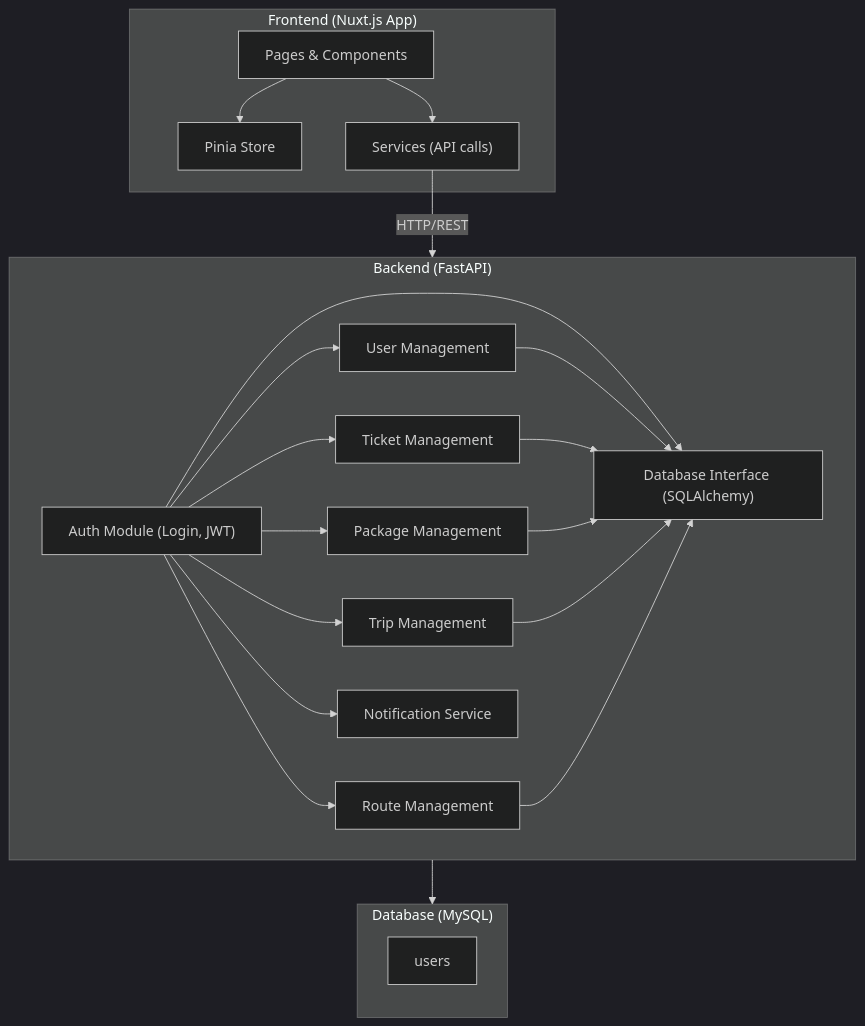
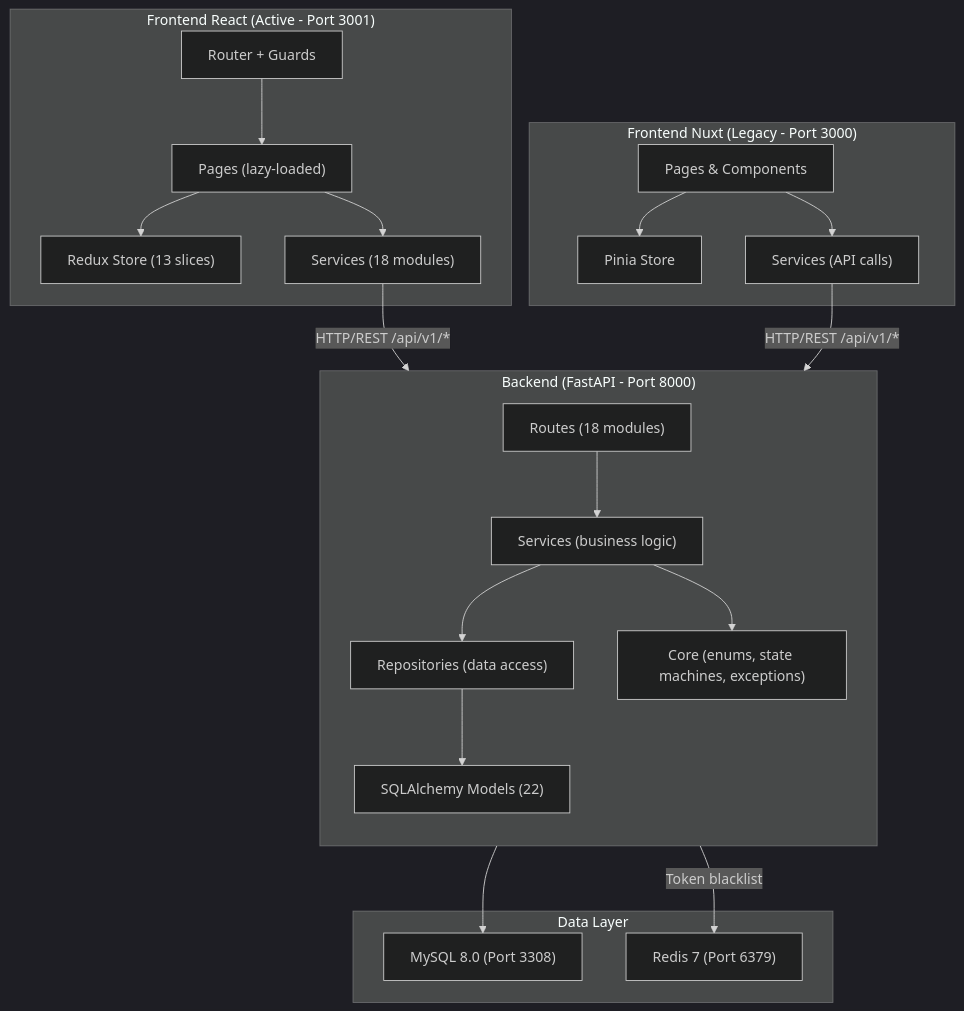
Before and after one commit to IdenTiclla/trans-comarapa-app: the diagram in docs/component_diagram.mmd, drawn with Mermaid (dark theme). The commit also changed 29 other files, not shown here.

```diff
--- a/docs/component_diagram.mmd
+++ b/docs/component_diagram.mmd
@@ -1,46 +1,49 @@
- %% Component Diagram - Trans Comarapa
+%% Component Diagram - Trans Comarapa
+%% Updated: 2026-03
 
 flowchart TB
-    %% Frontend
-    subgraph Frontend ["Frontend (Nuxt.js App)"]
+    %% Frontend React (Active)
+    subgraph ReactApp ["Frontend React (Active - Port 3001)"]
+        R1["Pages (lazy-loaded)"]
+        R2["Redux Store (13 slices)"]
+        R3["Services (18 modules)"]
+        R4["Router + Guards"]
+        R1 --> R2
+        R1 --> R3
+        R4 --> R1
+    end
+
+    %% Frontend Nuxt (Legacy)
+    subgraph NuxtApp ["Frontend Nuxt (Legacy - Port 3000)"]
         FE1["Pages & Components"]
         FE2["Pinia Store"]
         FE3["Services (API calls)"]
+        FE1 --> FE2
+        FE1 --> FE3
     end
 
     %% Backend
-    subgraph API ["Backend (FastAPI)"]
-        direction LR
-        Login["Auth Module (Login, JWT)"]
-        Users["User Management"]
-        Tickets["Ticket Management"]
-        Packages["Package Management"]
-        Trips["Trip Management"]
-        Routes["Route Management"]
-        Notifications["Notification Service"]
-        DBInterface["Database Interface (SQLAlchemy)"]
+    subgraph API ["Backend (FastAPI - Port 8000)"]
+        direction TB
+        Routes["Routes (18 modules)"]
+        Services["Services (business logic)"]
+        Repos["Repositories (data access)"]
+        Core["Core (enums, state machines, exceptions)"]
+        Routes --> Services
+        Services --> Repos
+        Services --> Core
+        Repos --> Models
     end
 
-    %% Database
-    subgraph Database ["Database (MySQL)"]
-        direction TB
-        UsersTable["users"]
+    %% Data Layer
+    subgraph DataLayer ["Data Layer"]
+        Models["SQLAlchemy Models (22)"]
+        DB["MySQL 8.0 (Port 3308)"]
+        Redis["Redis 7 (Port 6379)"]
+        Models --> DB
     end
 
-    %% Relaciones
-    FE1 --> FE2
-    FE1 --> FE3
-    FE3 -- "HTTP/REST" --> Login
-    Login --> Users
-    Login --> Tickets
-    Login --> Packages
-    Login --> Trips
-    Login --> Routes
-    Login --> Notifications
-    Login --> DBInterface
-    Users --> DBInterface
-    Tickets --> DBInterface
-    Packages --> DBInterface
-    Trips --> DBInterface
-    Routes --> DBInterface
-    DBInterface --> UsersTable
+    %% Connections
+    R3 -- "HTTP/REST /api/v1/*" --> Routes
+    FE3 -- "HTTP/REST /api/v1/*" --> Routes
+    Services -- "Token blacklist" --> Redis
```
